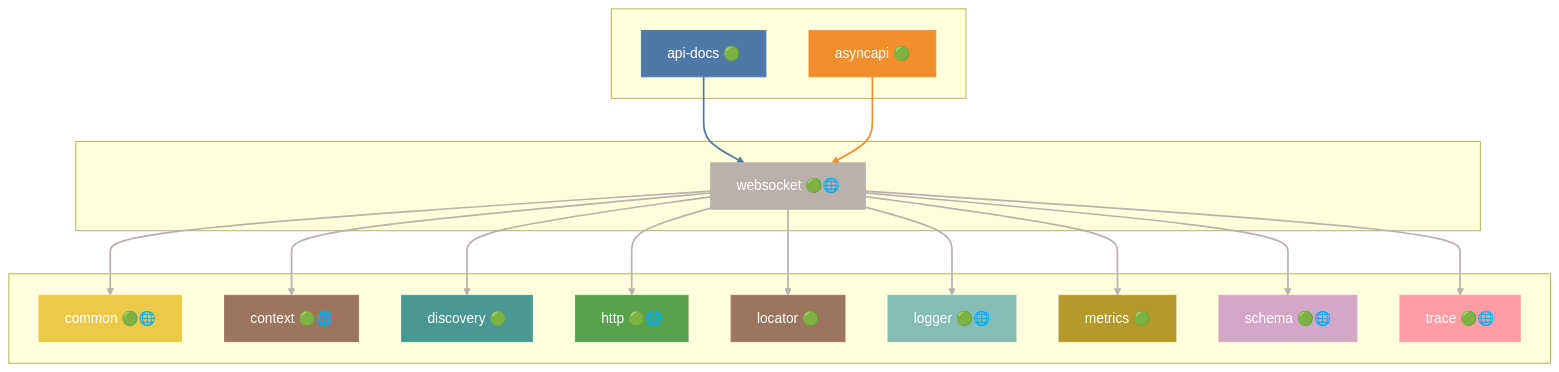
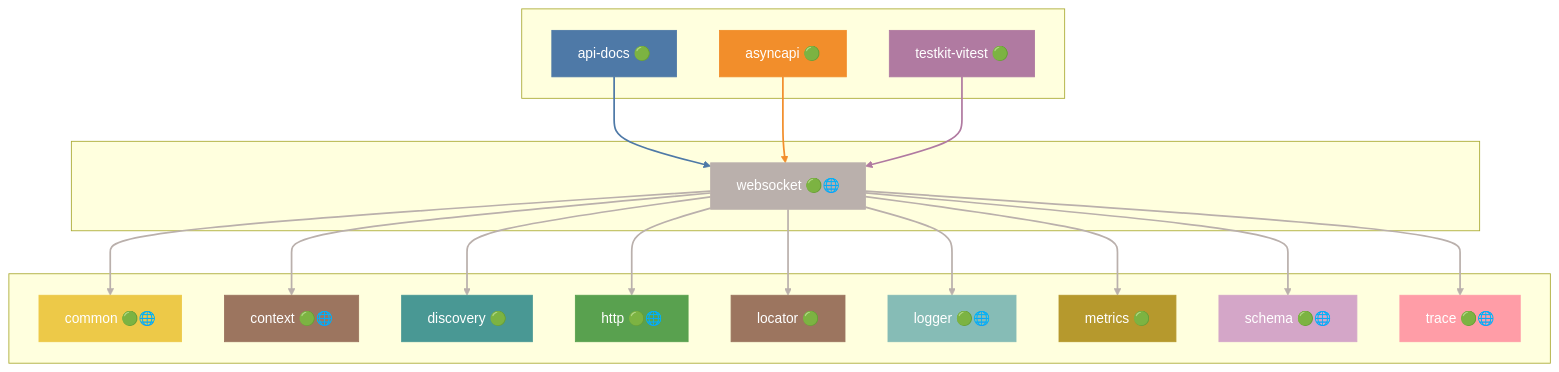
Before and after one commit to grest-ts/grest-ts: diagram 47 of 47 in docs/DEPENDENCIES.md, drawn with Mermaid. The commit also changed other lines of this file and 93 other files, not shown here.

````diff
--- a/docs/DEPENDENCIES.md
+++ b/docs/DEPENDENCIES.md
@@ -2195,55 +2275,59 @@
 ```mermaid
 flowchart TB
     subgraph Dependents[" "]
         api-docs["api-docs 🟢"]
         asyncapi["asyncapi 🟢"]
+        testkit-vitest["testkit-vitest 🟢"]
     end
     subgraph Package[" "]
         websocket["websocket 🟢🌐"]
     end
     subgraph Dependencies[" "]
         common["common 🟢🌐"]
         context["context 🟢🌐"]
         discovery["discovery 🟢"]
         http["http 🟢🌐"]
         locator["locator 🟢"]
         logger["logger 🟢🌐"]
         metrics["metrics 🟢"]
         schema["schema 🟢🌐"]
         trace["trace 🟢🌐"]
     end
     api-docs --> websocket
     asyncapi --> websocket
+    testkit-vitest --> websocket
     websocket --> common
     websocket --> context
     websocket --> discovery
     websocket --> http
     websocket --> locator
     websocket --> logger
     websocket --> metrics
     websocket --> schema
     websocket --> trace
     style websocket fill:#BAB0AC,stroke:#BAB0AC,color:#fff
     style api-docs fill:#4E79A7,stroke:#4E79A7,color:#fff
     style asyncapi fill:#F28E2B,stroke:#F28E2B,color:#fff
+    style testkit-vitest fill:#B07AA1,stroke:#B07AA1,color:#fff
     style common fill:#EDC948,stroke:#EDC948,color:#fff
     style context fill:#9C755F,stroke:#9C755F,color:#fff
     style discovery fill:#499894,stroke:#499894,color:#fff
     style http fill:#59A14F,stroke:#59A14F,color:#fff
     style locator fill:#9C755F,stroke:#9C755F,color:#fff
     style logger fill:#86BCB6,stroke:#86BCB6,color:#fff
     style metrics fill:#B6992D,stroke:#B6992D,color:#fff
     style schema fill:#D4A6C8,stroke:#D4A6C8,color:#fff
     style trace fill:#FF9DA7,stroke:#FF9DA7,color:#fff
     linkStyle 0 stroke:#4E79A7,stroke-width:2px
     linkStyle 1 stroke:#F28E2B,stroke-width:2px
-    linkStyle 2 stroke:#BAB0AC,stroke-width:2px
+    linkStyle 2 stroke:#B07AA1,stroke-width:2px
     linkStyle 3 stroke:#BAB0AC,stroke-width:2px
     linkStyle 4 stroke:#BAB0AC,stroke-width:2px
     linkStyle 5 stroke:#BAB0AC,stroke-width:2px
     linkStyle 6 stroke:#BAB0AC,stroke-width:2px
     linkStyle 7 stroke:#BAB0AC,stroke-width:2px
     linkStyle 8 stroke:#BAB0AC,stroke-width:2px
     linkStyle 9 stroke:#BAB0AC,stroke-width:2px
     linkStyle 10 stroke:#BAB0AC,stroke-width:2px
+    linkStyle 11 stroke:#BAB0AC,stroke-width:2px
 ```
````
